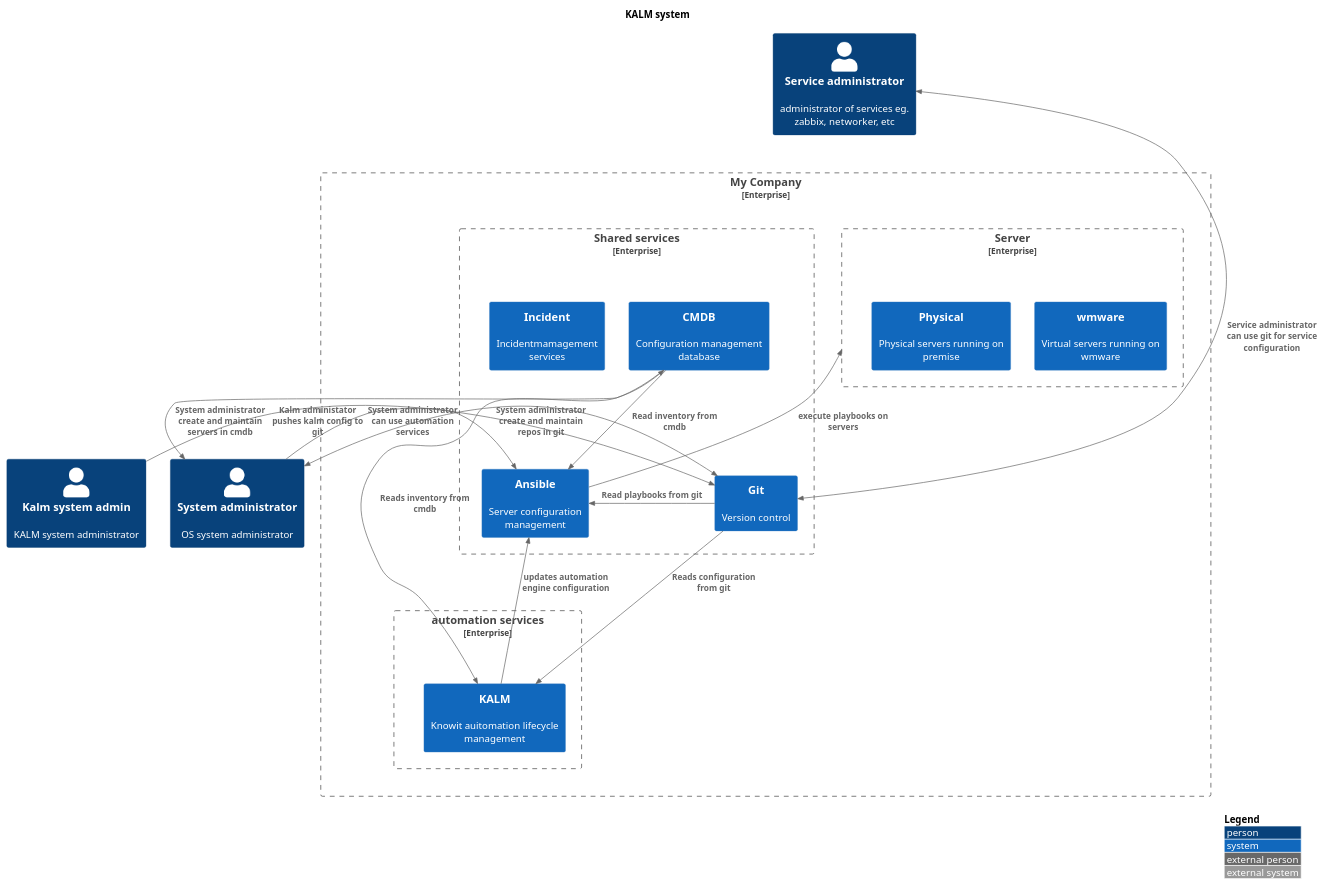
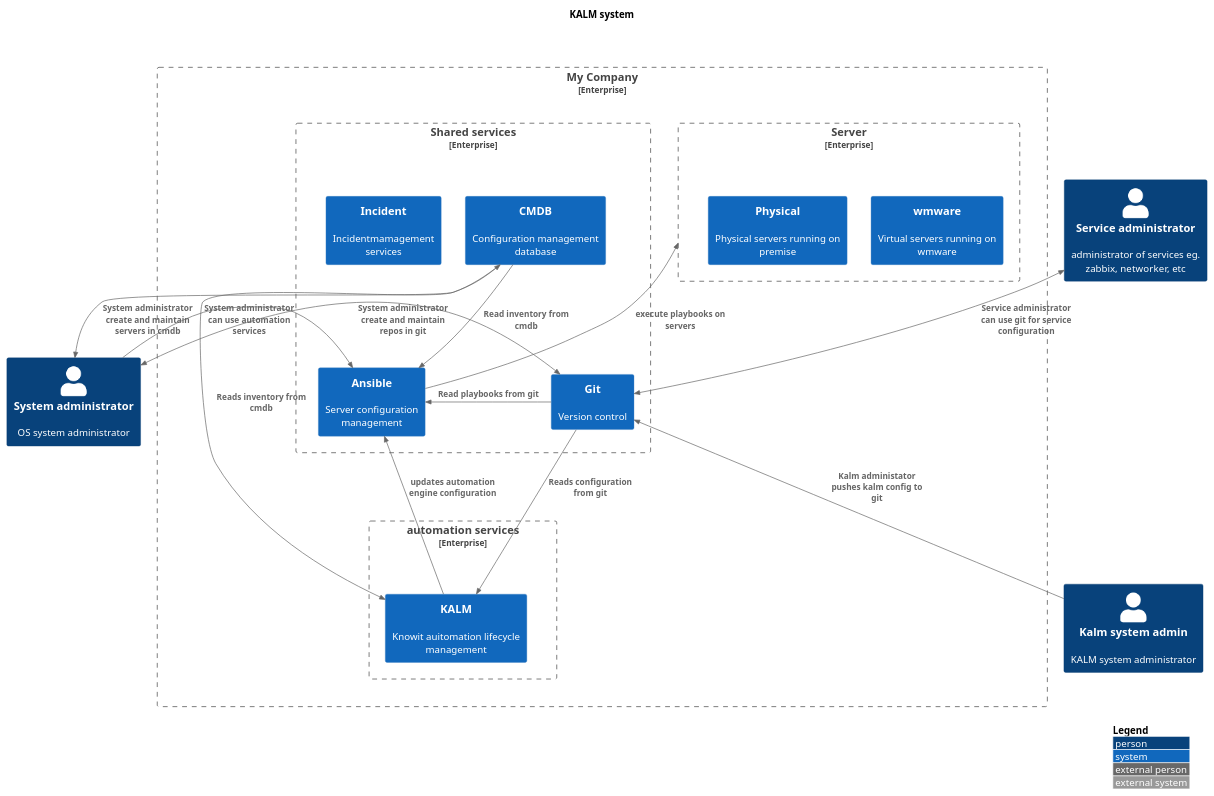
Before and after one commit to JakobHolstDK/infowall: the diagram in diagrams/kalm.puml, drawn with PlantUML.

Commit message:
no write

```diff
--- a/diagrams/kalm.puml
+++ b/diagrams/kalm.puml
@@ -1,69 +1,69 @@
 @startuml
 !include https://raw.githubusercontent.com/plantuml-stdlib/C4-PlantUML/master/C4_Context.puml
 
 ' uncomment the following line and comment the first to use locally
 ' !include C4_Context.puml
 
 LAYOUT_TOP_DOWN()
 'LAYOUT_AS_SKETCH()
 LAYOUT_WITH_LEGEND()
 
 
 title   KALM system
 
 Person(kalmadmin, "Kalm system admin", "KALM system administrator")
 Person(systemadmin, "System administrator", "OS system administrator")
 Person(serviceadmin, "Service administrator", "administrator of services eg. zabbix, networker, etc")
 
 
 Enterprise_Boundary(c0, "My Company", "My awesome organisation") {
 
 Enterprise_Boundary(c2, "Server ", "Virtuelle servere") {
     System(vmware, "wmware", "Virtual servers running on wmware")
     System(physicalservers, "Physical", "Physical servers running on premise")
 }
 
 Enterprise_Boundary(c3, "Shared services", "Shared services in the organisation") {
     System(cmdb, "CMDB", "Configuration management database")
     System(automation, "Ansible", "Server configuration management")
     System(git, "Git", "Version control")
     System(incident, "Incident", "Incidentmamagement services")
 }
 
 Enterprise_Boundary(c1, "automation services", "Automation services") {
     System(kalm, "KALM", "Knowit auitomation lifecycle management")
 }
 
 
 }
 
-Lay_D(serviceadmin, c3)
+Lay_U(serviceadmin, c3)
 Lay_D(systemadmin, c0)
 Lay_D(kalmadmin, c1)
 
 
 
 
 Rel_Neighbor(git, automation, "Read playbooks from git")
 Rel_D(cmdb, automation, "Read inventory from cmdb")
 Rel_U(automation, c2 , "execute playbooks on servers")
 
 
 Rel_U(kalmadmin, git, "Kalm administator pushes kalm config to git")
 
 Rel_U(systemadmin, automation, "System administrator can use automation services")
 BiRel_R(systemadmin, git, "System administrator create and maintain repos in git")
 BiRel_L(systemadmin, cmdb, "System administrator create and maintain servers in cmdb")
 BiRel_D(serviceadmin, git, "Service administrator can use git for service configuration")
 
 
 
 
 
 Rel_D(cmdb, kalm, "Reads inventory from cmdb")
 Rel_D(git, kalm, "Reads configuration from git")
 
 Rel_U(kalm, automation, "updates automation engine configuration")
 
 
 @enduml
```
